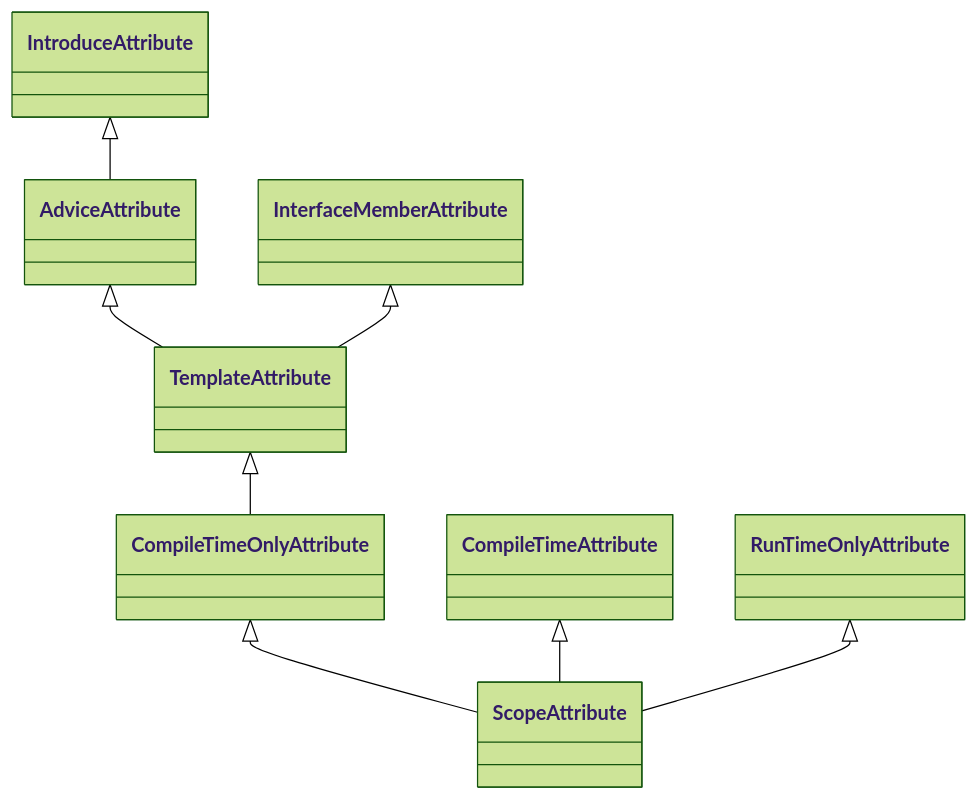
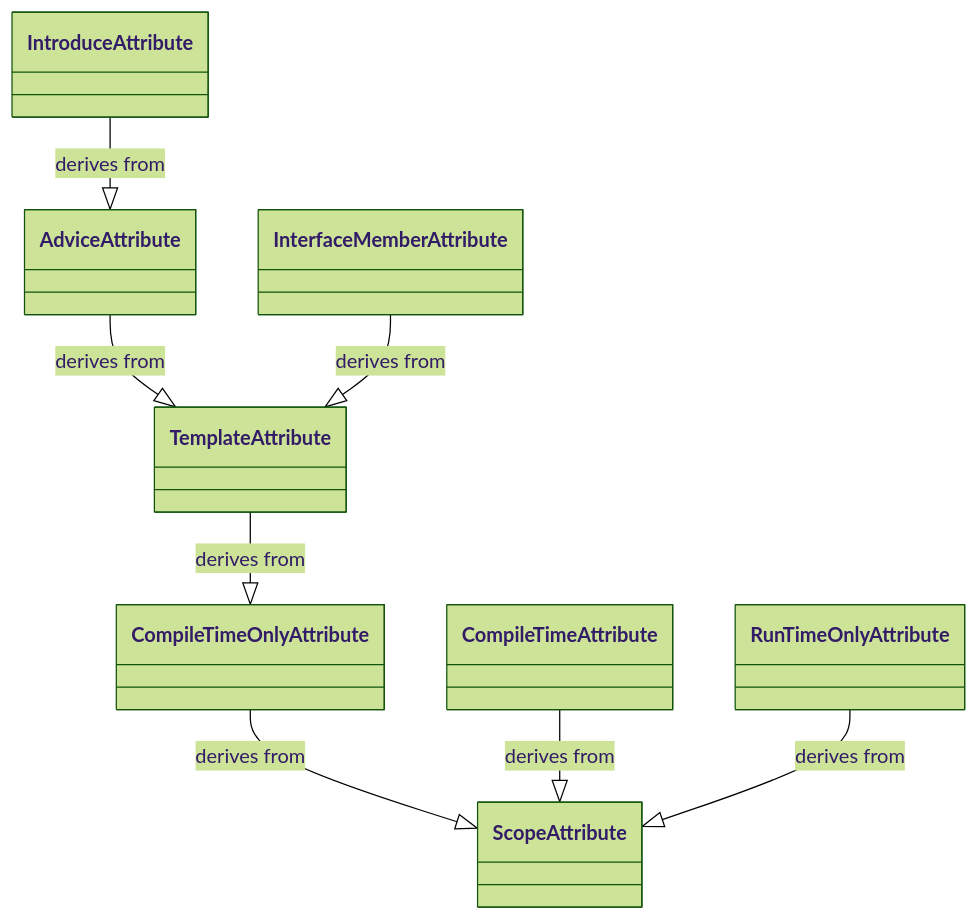
Before and after one commit to postsharp/Metalama.Documentation: the second of 4 diagrams in docfx/namespaces/Metalama.Framework.Aspects.md, drawn with Mermaid (forest theme). The commit also changed other lines of this file and 128 other files, not shown here.

````diff
--- a/docfx/namespaces/Metalama.Framework.Aspects.md
+++ b/docfx/namespaces/Metalama.Framework.Aspects.md
@@ -53,15 +69,15 @@
 ```mermaid
 classDiagram
 
-CompileTimeOnlyAttribute <|-- ScopeAttribute
-CompileTimeAttribute <|-- ScopeAttribute
-RunTimeOnlyAttribute <|-- ScopeAttribute
-TemplateAttribute <|-- CompileTimeOnlyAttribute
-AdviceAttribute <|-- TemplateAttribute
-IntroduceAttribute <|-- AdviceAttribute
-InterfaceMemberAttribute <|-- TemplateAttribute
+CompileTimeOnlyAttribute --|> ScopeAttribute : derives from
+CompileTimeAttribute --|> ScopeAttribute  : derives from
+RunTimeOnlyAttribute --|> ScopeAttribute  : derives from
+TemplateAttribute --|> CompileTimeOnlyAttribute  : derives from
+AdviceAttribute --|> TemplateAttribute  : derives from
+IntroduceAttribute --|> AdviceAttribute  : derives from
+InterfaceMemberAttribute --|> TemplateAttribute  : derives from
 
 class CompileTimeAttribute
 class RunTimeOnlyAttribute
 
 ```
````
